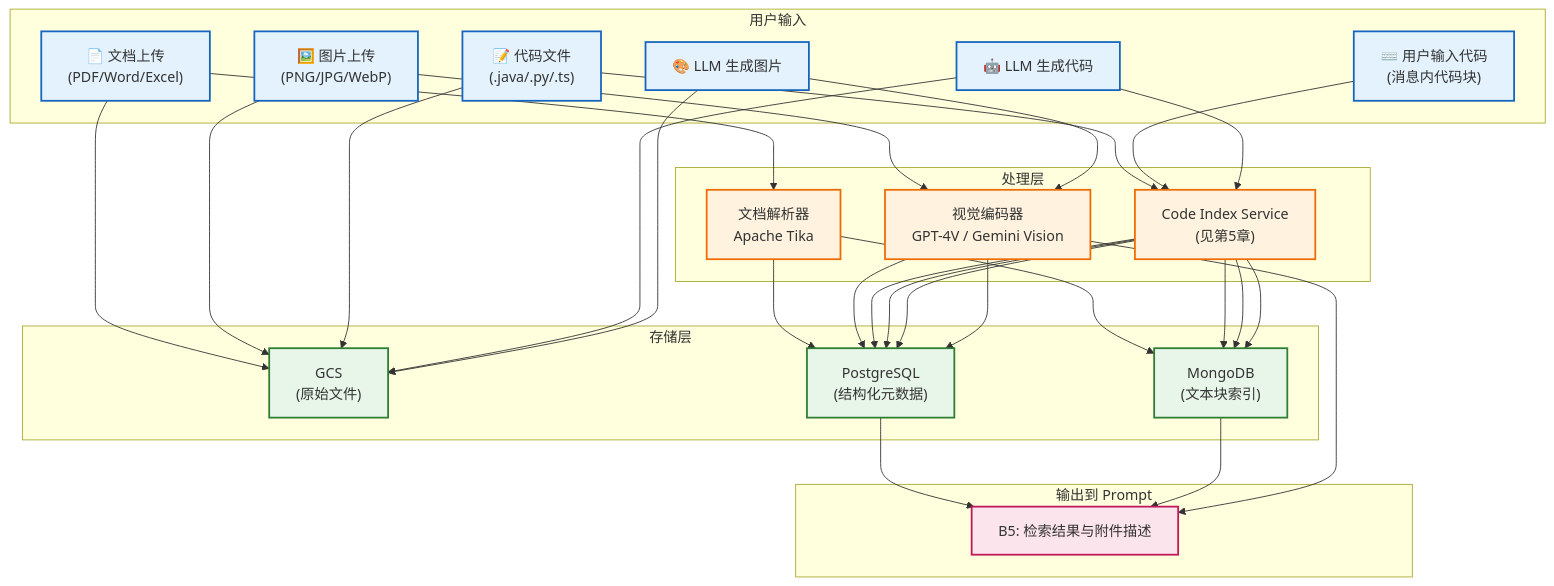
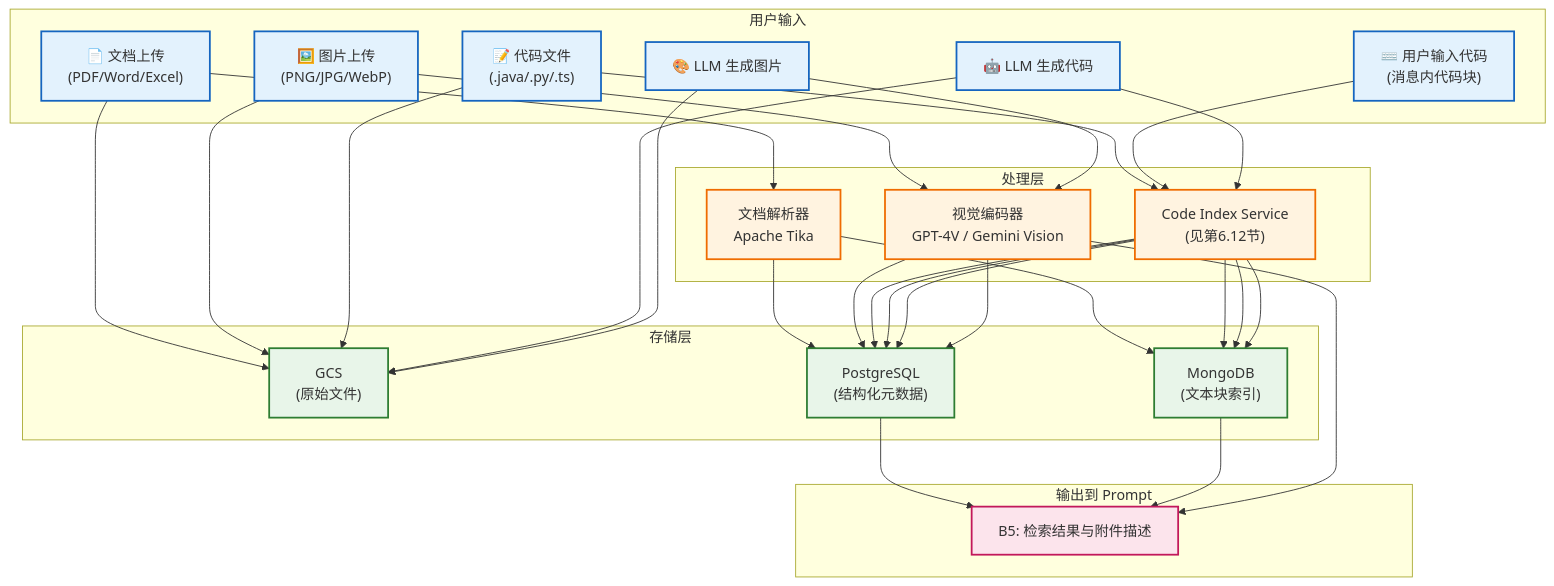
Before and after one commit to D15190304050/generic-agent: diagram 11 of 38 in discussions/ContextManagerV6.md, drawn with Mermaid. The commit also changed other lines of this file, not shown here.

Commit message:
Revise Context Service design document

````diff
--- a/discussions/ContextManagerV6.md
+++ b/discussions/ContextManagerV6.md
@@ -1058,50 +1052,50 @@
 ```mermaid
 graph TB
     classDef upload fill:#e3f2fd,stroke:#1565c0,stroke-width:2px;
     classDef process fill:#fff3e0,stroke:#ef6c00,stroke-width:2px;
     classDef store fill:#e8f5e9,stroke:#2e7d32,stroke-width:2px;
     classDef output fill:#fce4ec,stroke:#c2185b,stroke-width:2px;
 
     subgraph Input ["用户输入"]
         DocUpload["📄 文档上传<br/>(PDF/Word/Excel)"]
         ImgUpload["🖼️ 图片上传<br/>(PNG/JPG/WebP)"]
         CodeUpload["📝 代码文件<br/>(.java/.py/.ts)"]
         InlineCode["⌨️ 用户输入代码<br/>(消息内代码块)"]
         LLMCode["🤖 LLM 生成代码"]
         LLMImage["🎨 LLM 生成图片"]
     end
 
     subgraph Processing ["处理层"]
         DocParser["文档解析器<br/>Apache Tika"]
         VisionEncoder["视觉编码器<br/>GPT-4V / Gemini Vision"]
-        CodeIndex["Code Index Service<br/>(见第5章)"]
+        CodeIndex["Code Index Service<br/>(见第6.12节)"]
     end
 
     subgraph Storage ["存储层"]
         GCS["GCS<br/>(原始文件)"]
         PG["PostgreSQL<br/>(结构化元数据)"]
         Mongo["MongoDB<br/>(文本块索引)"]
     end
 
     subgraph Output ["输出到 Prompt"]
         B5["B5: 检索结果与附件描述"]
     end
 
     DocUpload --> DocParser --> PG & Mongo
     ImgUpload --> VisionEncoder --> PG
     CodeUpload --> CodeIndex --> PG & Mongo
     InlineCode --> CodeIndex --> PG & Mongo
     LLMCode --> CodeIndex --> PG & Mongo
     LLMImage --> VisionEncoder --> PG
 
     DocUpload & ImgUpload & CodeUpload & LLMCode & LLMImage --> GCS
 
     PG --> B5
     Mongo --> B5
     VisionEncoder --> B5
 
     class DocUpload,ImgUpload,CodeUpload,InlineCode,LLMCode,LLMImage upload;
     class DocParser,VisionEncoder,CodeIndex process;
     class GCS,PG,Mongo store;
     class B5 output;
 ```
````
